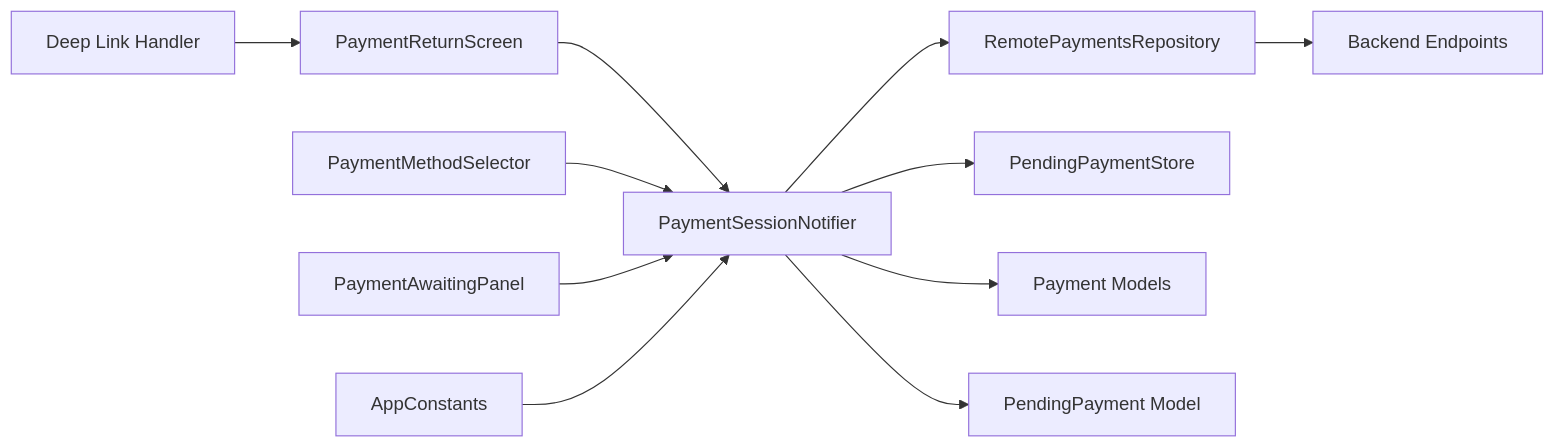
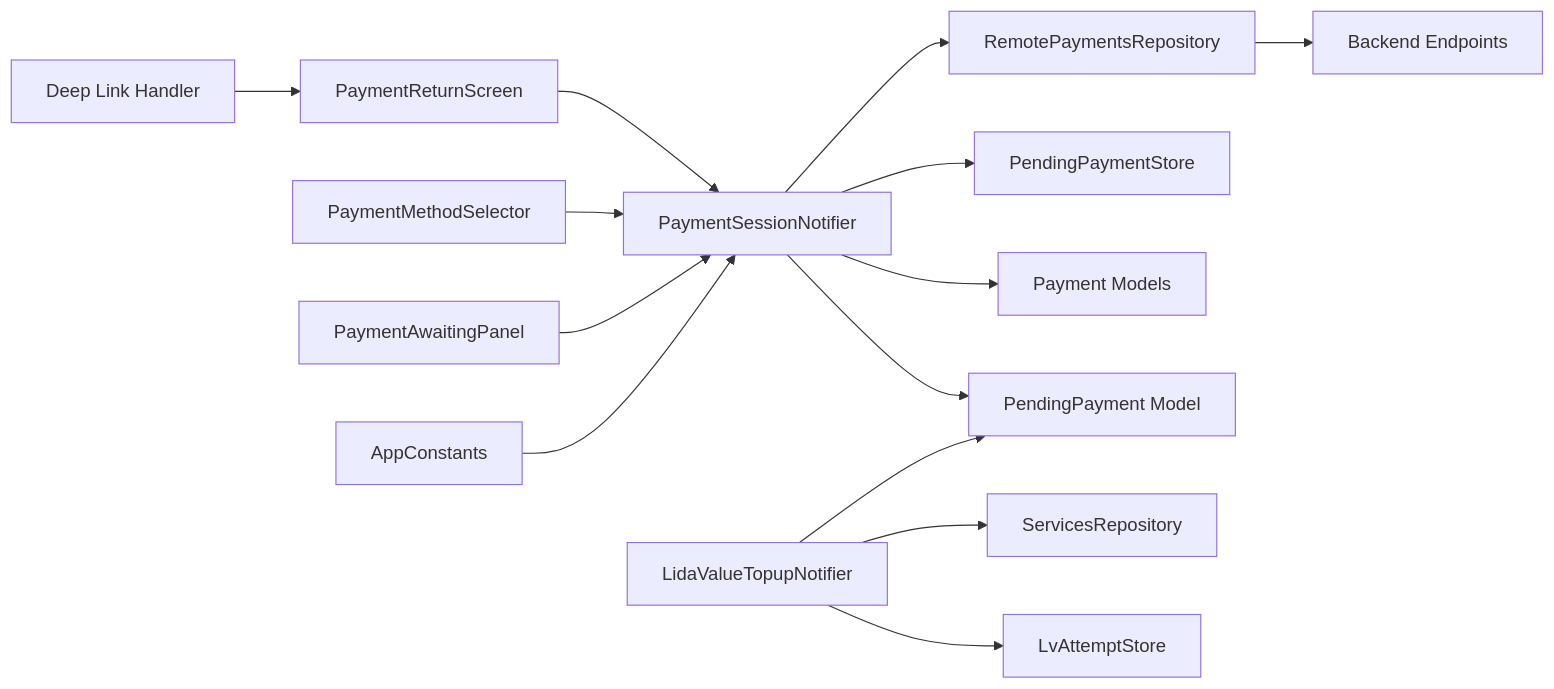
One commit to Advanstech/Lidapay-shop changed diagram 13 of 13 in .qoder/repowiki/en/content/Payment Processing/Payment Processing.md. Above: the diagram before and after it, drawn with Mermaid. The commit also changed other lines of this file and 174 other files, not shown here.

````diff
--- a/.qoder/repowiki/en/content/Payment Processing/Payment Processing.md
+++ b/.qoder/repowiki/en/content/Payment Processing/Payment Processing.md
@@ -596,13 +749,16 @@
 ```mermaid
 graph LR
 Provider["PaymentSessionNotifier"] --> Repo["RemotePaymentsRepository"]
 Provider --> Store["PendingPaymentStore"]
 Provider --> Models["Payment Models"]
 Provider --> Pending["PendingPayment Model"]
+LVProvider["LidaValueTopupNotifier"] --> Services["ServicesRepository"]
+LVProvider --> LVStore["LvAttemptStore"]
+LVProvider --> Pending
 Repo --> Endpoint["Backend Endpoints"]
 Return["PaymentReturnScreen"] --> Provider
 Method["PaymentMethodSelector"] --> Provider
 Awaiting["PaymentAwaitingPanel"] --> Provider
 Deep["Deep Link Handler"] --> Return
 Const["AppConstants"] --> Provider
 ```
````
